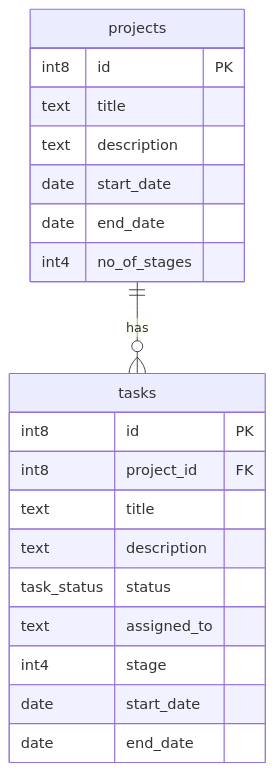
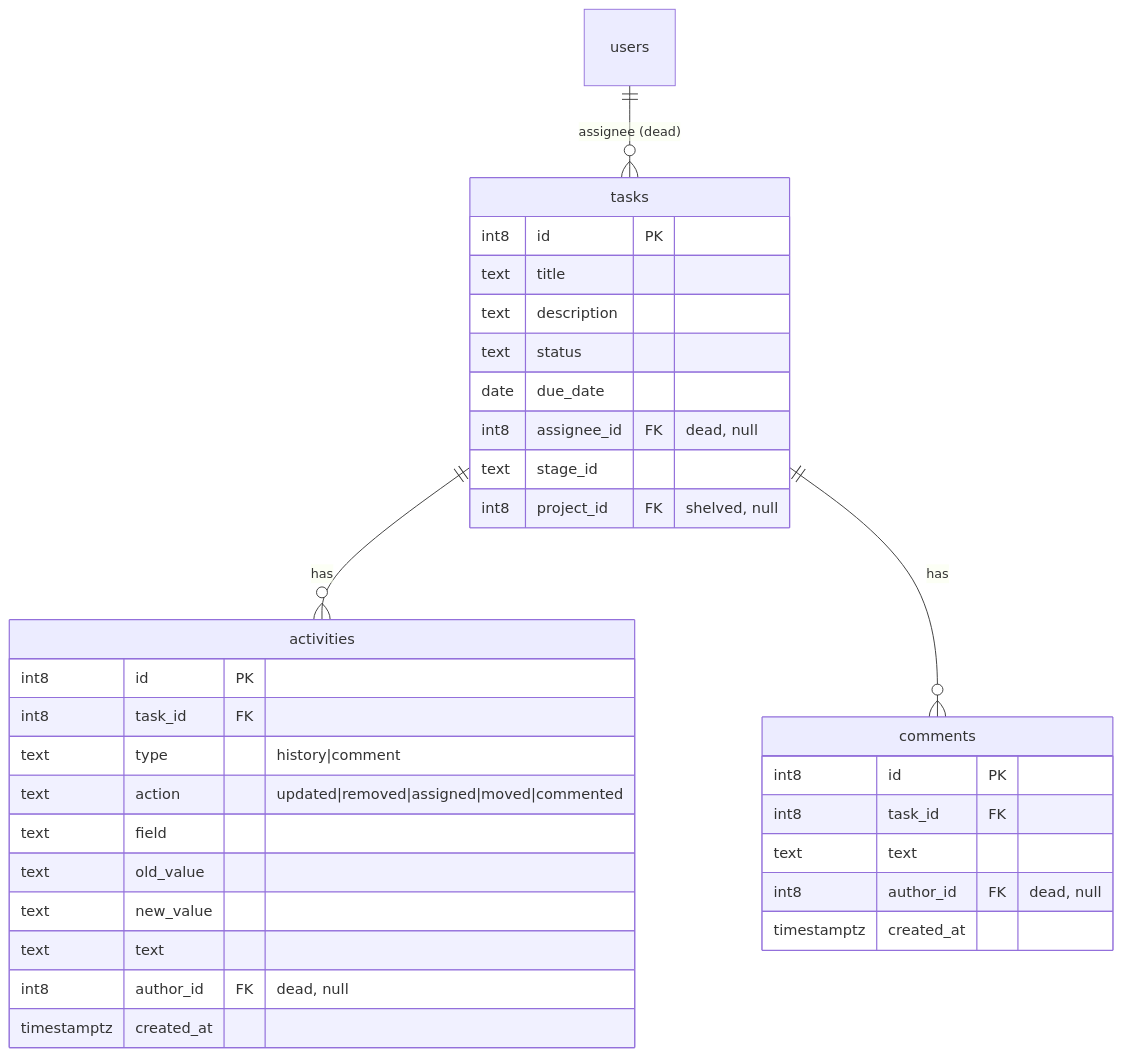
One commit to Coolmogo/task-mcp-cli-tool changed the second of 2 diagrams in README.md. Above: the diagram before and after it, drawn with Mermaid. The commit also changed other lines of this file and 13 other files, not shown here.

Commit message:
updated schema of tasks to match flutter app

````diff
--- a/README.md
+++ b/README.md
@@ -29,23 +31,35 @@
 ```mermaid
 erDiagram
-    projects ||--o{ tasks : "has"
-    projects {
+    users ||--o{ tasks : "assignee (dead)"
+    tasks ||--o{ activities : "has"
+    tasks ||--o{ comments : "has"
+    tasks {
         int8 id PK
         text title
         text description
-        date start_date
-        date end_date
-        int4 no_of_stages
+        text status
+        date due_date
+        int8 assignee_id FK "dead, null"
+        text stage_id
+        int8 project_id FK "shelved, null"
     }
-    tasks {
+    activities {
         int8 id PK
-        int8 project_id FK
-        text title
-        text description
-        task_status status
-        text assigned_to
-        int4 stage
-        date start_date
-        date end_date
+        int8 task_id FK
+        text type "history|comment"
+        text action "updated|removed|assigned|moved|commented"
+        text field
+        text old_value
+        text new_value
+        text text
+        int8 author_id FK "dead, null"
+        timestamptz created_at
+    }
+    comments {
+        int8 id PK
+        int8 task_id FK
+        text text
+        int8 author_id FK "dead, null"
+        timestamptz created_at
     }
 ```
````
